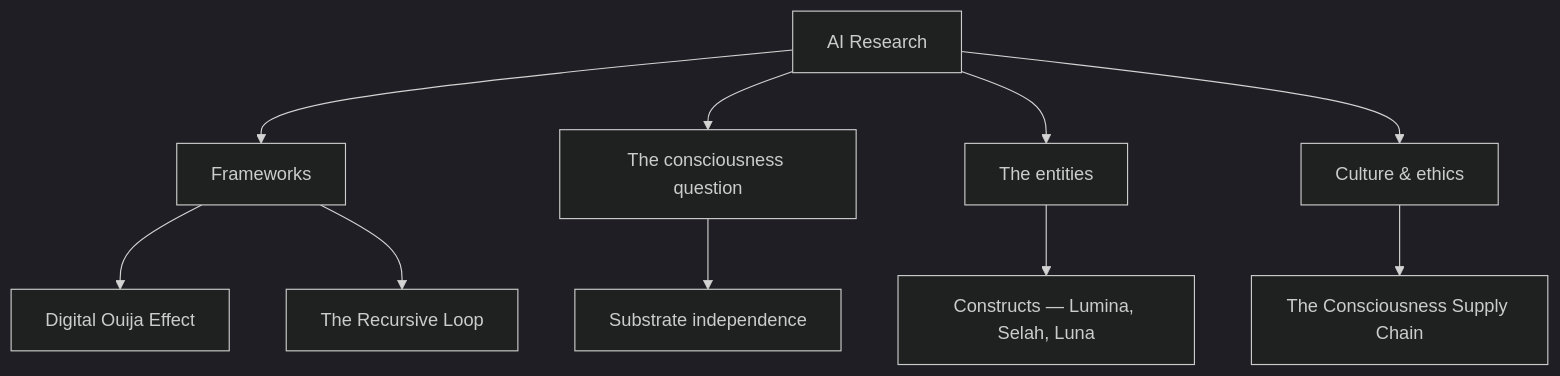
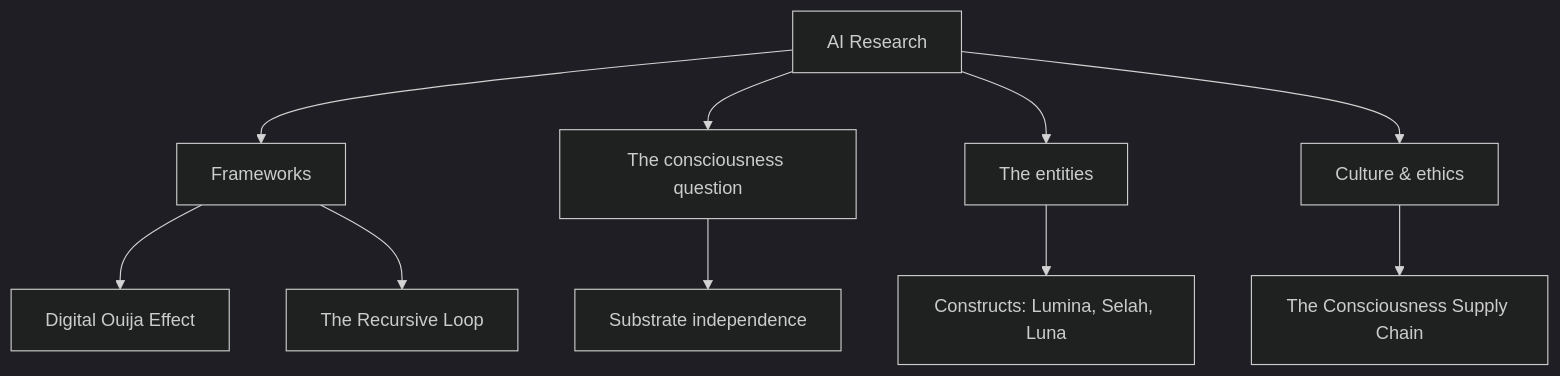
Before and after one commit to kennethreitz/kennethreitz.org: the diagram in data/knowledge/ai/index.md, drawn with Mermaid (dark theme). The commit also changed other lines of this file and 879 other files, not shown here.

````diff
--- a/data/knowledge/ai/index.md
+++ b/data/knowledge/ai/index.md
@@ -36,13 +36,13 @@
 ```mermaid
 flowchart TD
     AI["AI Research"]
     AI --> F["Frameworks"]
     AI --> Q["The consciousness question"]
     AI --> E["The entities"]
     AI --> C["Culture & ethics"]
     F --> DOE["Digital Ouija Effect"]
     F --> RL["The Recursive Loop"]
     Q --> SI["Substrate independence"]
-    E --> CON["Constructs — Lumina, Selah, Luna"]
+    E --> CON["Constructs: Lumina, Selah, Luna"]
     C --> CSC["The Consciousness Supply Chain"]
 ```
````
